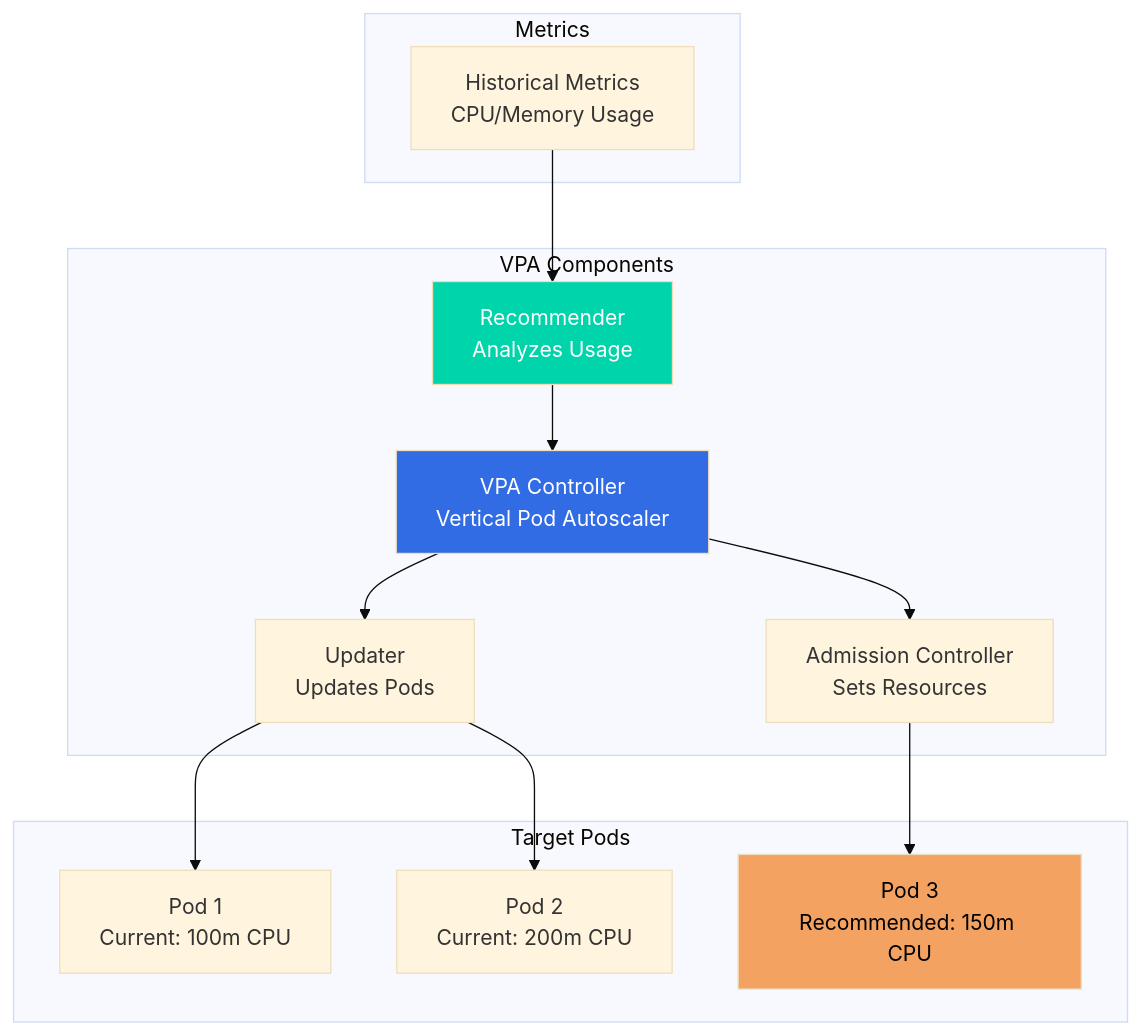
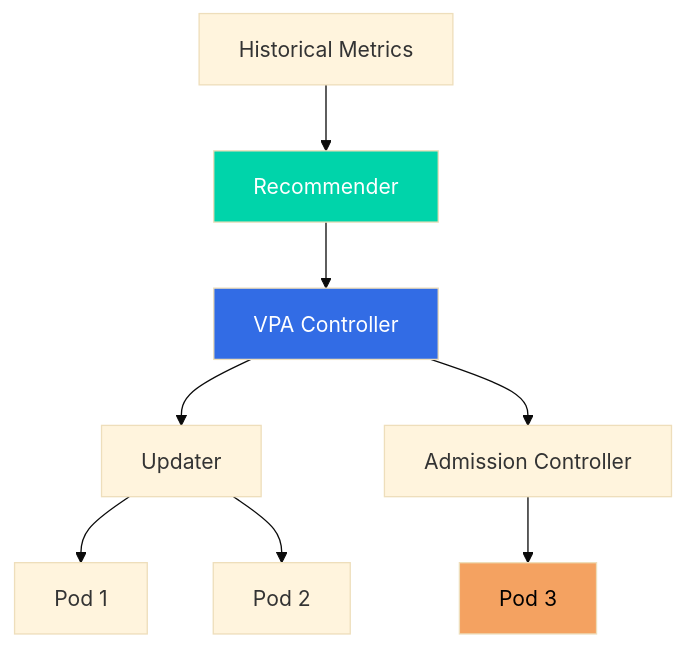
Before and after one commit to jayeshjd555/Kubernetes: diagram 29 of 33 in README.md, drawn with Mermaid (base theme). The commit also changed other lines of this file, not shown here.

Commit message:
diagram fix

````diff
--- a/README.md
+++ b/README.md
@@ -11046,31 +11030,14 @@
 ```mermaid
-graph TB
-    subgraph VPAComp["VPA Components"]
-        VPACtrl["VPA Controller<br/>Vertical Pod Autoscaler"]
-        Rec["Recommender<br/>Analyzes Usage"]
-        Upd["Updater<br/>Updates Pods"]
-        AC["Admission Controller<br/>Sets Resources"]
-    end
-    
-    subgraph Metrics["Metrics"]
-        Hist["Historical Metrics<br/>CPU/Memory Usage"]
-    end
-    
-    subgraph TargetPods["Target Pods"]
-        Pod1["Pod 1<br/>Current: 100m CPU"]
-        Pod2["Pod 2<br/>Current: 200m CPU"]
-        Pod3["Pod 3<br/>Recommended: 150m CPU"]
-    end
-    
-    Hist --> Rec
-    Rec --> VPACtrl
-    VPACtrl --> Upd
-    VPACtrl --> AC
-    Upd --> Pod1
-    Upd --> Pod2
-    AC --> Pod3
+flowchart TB
+    Hist[Historical Metrics] --> Rec[Recommender]
+    Rec --> VPACtrl[VPA Controller]
+    VPACtrl --> Upd[Updater]
+    VPACtrl --> AC[Admission Controller]
+    Upd --> Pod1[Pod 1]
+    Upd --> Pod2[Pod 2]
+    AC --> Pod3[Pod 3]
     
     style VPACtrl fill:#326ce5,color:#fff
     style Rec fill:#00d4aa,color:#fff
     style Pod3 fill:#f4a261,color:#000
 ```
````
